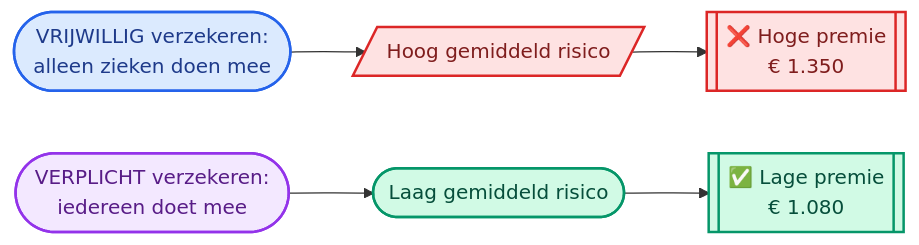
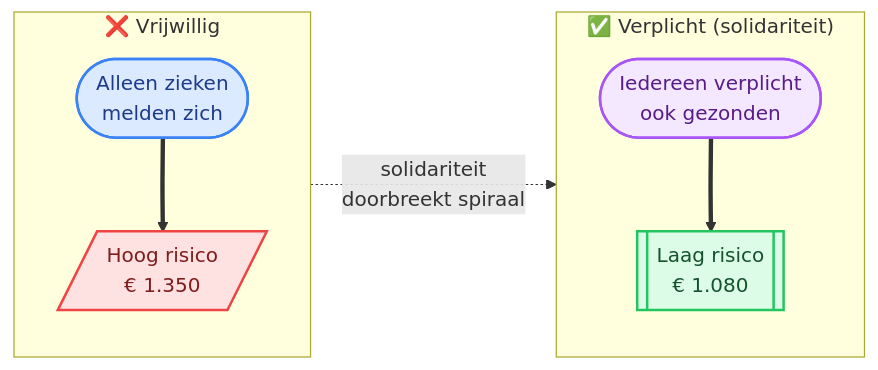
Before and after one commit to ateknol/HAVO-Economie-examen: diagram 14 of 23 in Volledige_Samenvatting_H1_H2.md, drawn with Mermaid. The commit also changed other lines of this file and 6 other files, not shown here.

````diff
--- a/Volledige_Samenvatting_H1_H2.md
+++ b/Volledige_Samenvatting_H1_H2.md
@@ -972,24 +1006,20 @@
 ```mermaid
 flowchart LR
-    V(["VRIJWILLIG verzekeren:<br/>alleen zieken doen mee"])
-    H[/"Hoog gemiddeld risico"/]
-    HP[["❌ Hoge premie<br/>€ 1.350"]]
-    P(["VERPLICHT verzekeren:<br/>iedereen doet mee"])
-    L([Laag gemiddeld risico])
-    LP[["✅ Lage premie<br/>€ 1.080"]]
-
-    V --> H --> HP
-    P --> L --> LP
-
-    classDef proces fill:#dbeafe,stroke:#2563eb,stroke-width:2px,color:#1e3a8a
-    classDef warn fill:#fee2e2,stroke:#dc2626,stroke-width:2px,color:#7f1d1d
-    classDef goed fill:#d1fae5,stroke:#059669,stroke-width:2px,color:#064e3b
-    classDef proc2 fill:#f3e8ff,stroke:#9333ea,stroke-width:2px,color:#581c87
-
-    class V proces
-    class P proc2
-    class H warn
-    class L goed
-    class HP warn
-    class LP goed
+    subgraph Sol_Vrij["❌ Vrijwillig"]
+        direction TB
+        S_V(["Alleen zieken<br/>melden zich"]) ==> S_VH[/"Hoog risico<br/>€ 1.350"/]
+    end
+    subgraph Sol_Vpl["✅ Verplicht (solidariteit)"]
+        direction TB
+        S_P(["Iedereen verplicht<br/>ook gezonden"]) ==> S_PL[["Laag risico<br/>€ 1.080"]]
+    end
+    S_VH -.->|"solidariteit<br/>doorbreekt spiraal"| S_PL
+    classDef falen fill:#fee2e2,stroke:#ef4444,stroke-width:2px,color:#7f1d1d
+    classDef oploss fill:#f3e8ff,stroke:#a855f7,stroke-width:2px,color:#581c87
+    classDef succes fill:#dcfce7,stroke:#22c55e,stroke-width:2px,color:#14532d
+    classDef markt fill:#dbeafe,stroke:#3b82f6,stroke-width:2px,color:#1e3a8a
+    class S_V markt
+    class S_VH falen
+    class S_P oploss
+    class S_PL succes
 ```
````
